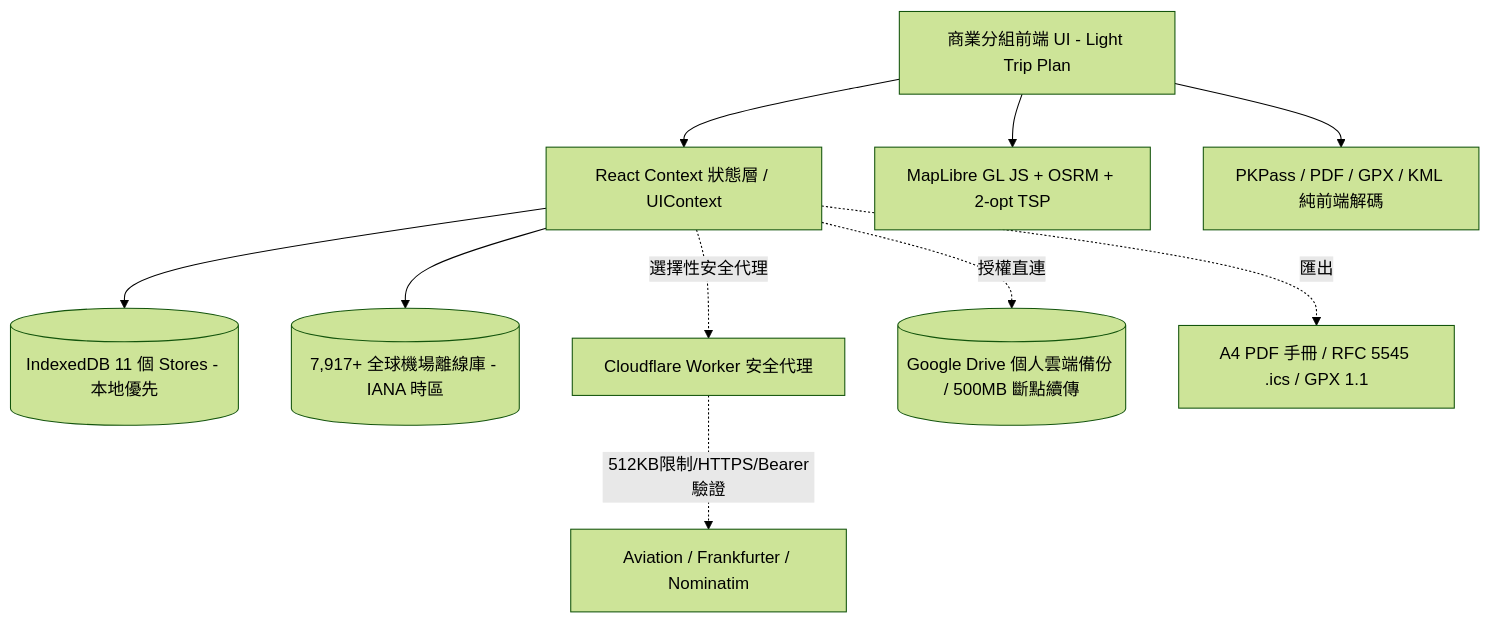
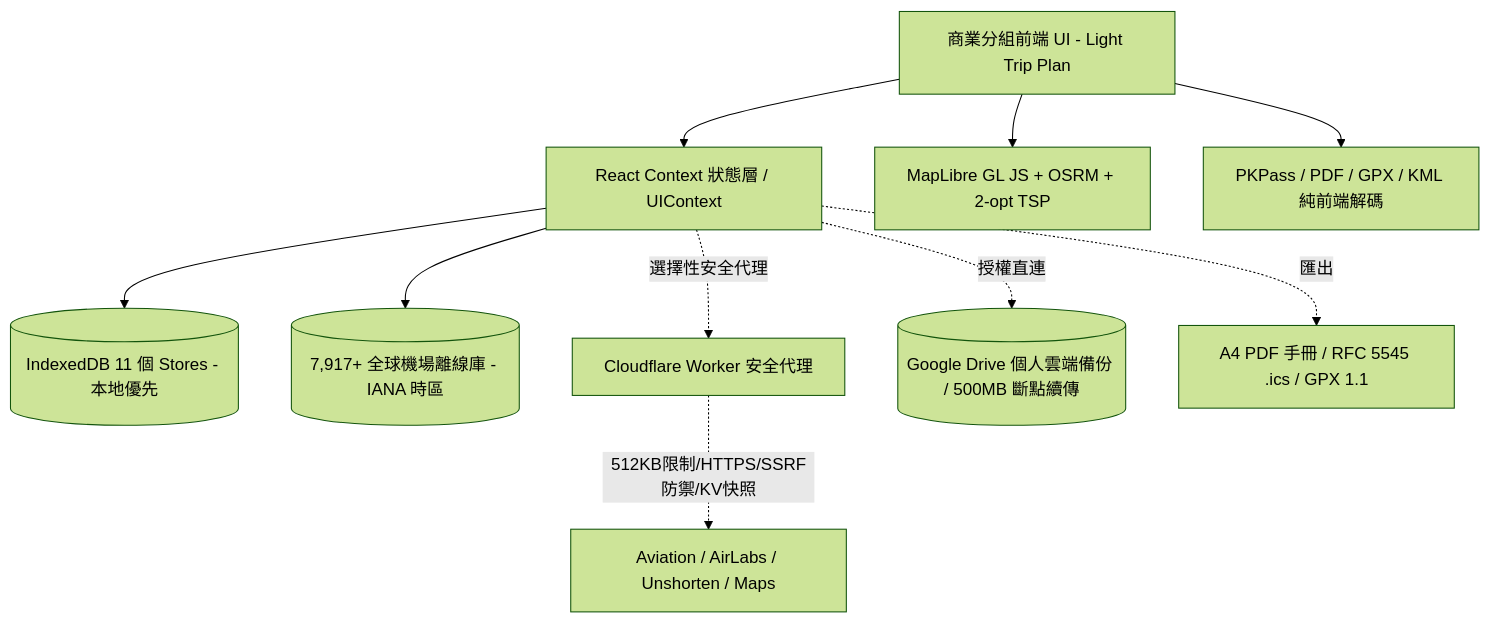
One commit to imhahac/reverse-ticket-manager changed the diagram in README.md. Above: the diagram before and after it, drawn with Mermaid (forest theme). The commit also changed other lines of this file and 8 other files, not shown here.

````diff
--- a/README.md
+++ b/README.md
@@ -66,15 +66,15 @@
 ```mermaid
 graph TD
     UI[商業分組前端 UI - Light Trip Plan] --> Context[React Context 狀態層 / UIContext]
     Context --> DB[(IndexedDB 11 個 Stores - 本地優先)]
     Context --> OfflineAirport[(7,917+ 全球機場離線庫 - IANA 時區)]
     
     UI --> MapEngine[MapLibre GL JS + OSRM + 2-opt TSP]
     UI --> Ingestion[PKPass / PDF / GPX / KML 純前端解碼]
     
     Context -. 選擇性安全代理 .-> CFWorker[Cloudflare Worker 安全代理]
-    CFWorker -. 512KB限制/HTTPS/Bearer驗證 .-> ExtAPI[Aviation / Frankfurter / Nominatim]
+    CFWorker -. 512KB限制/HTTPS/SSRF防禦/KV快照 .-> ExtAPI[Aviation / AirLabs / Unshorten / Maps]
     
     Context -. 授權直連 .-> GDrive[(Google Drive 個人雲端備份 / 500MB 斷點續傳)]
     Context -. 匯出 .-> ExportEngine[A4 PDF 手冊 / RFC 5545 .ics / GPX 1.1]
 ```
````
